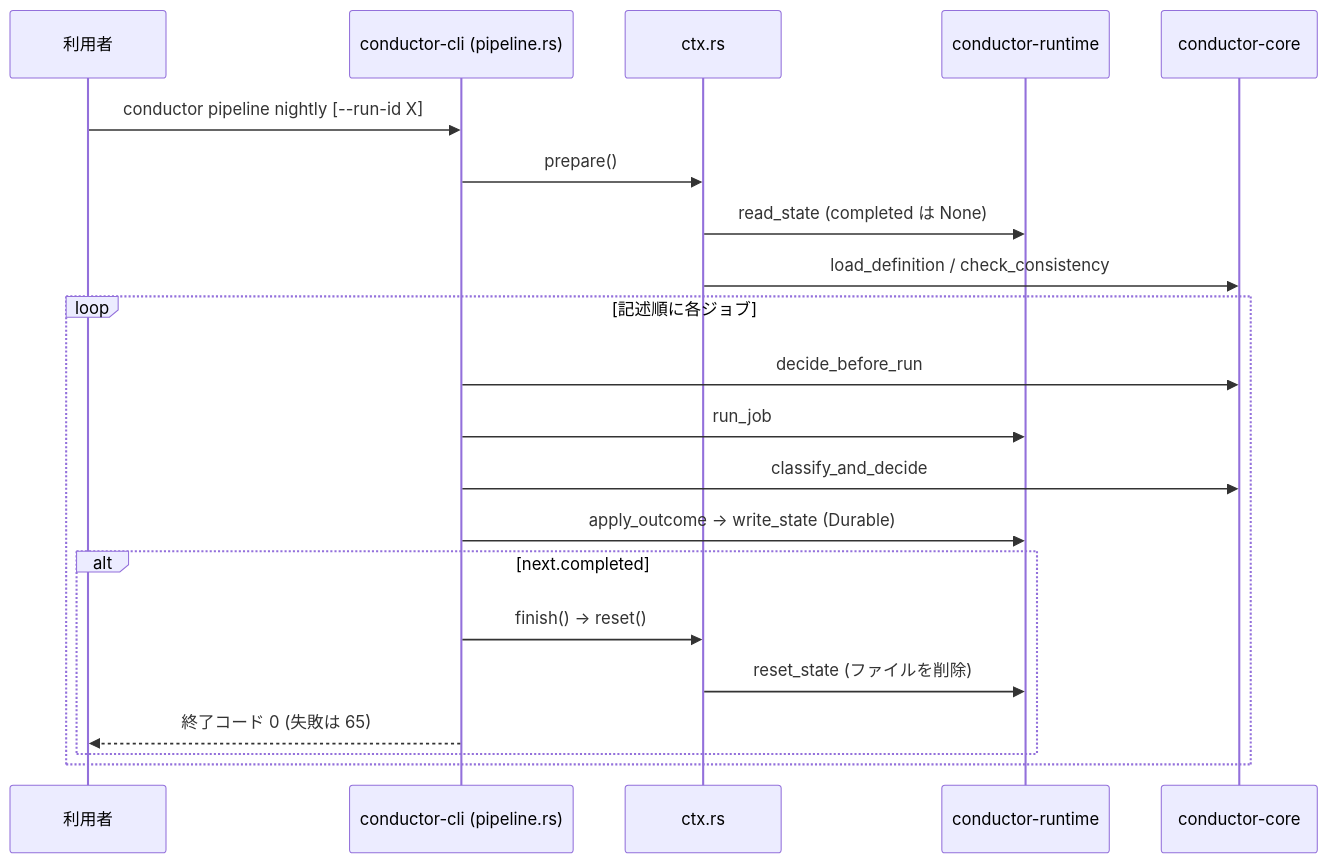
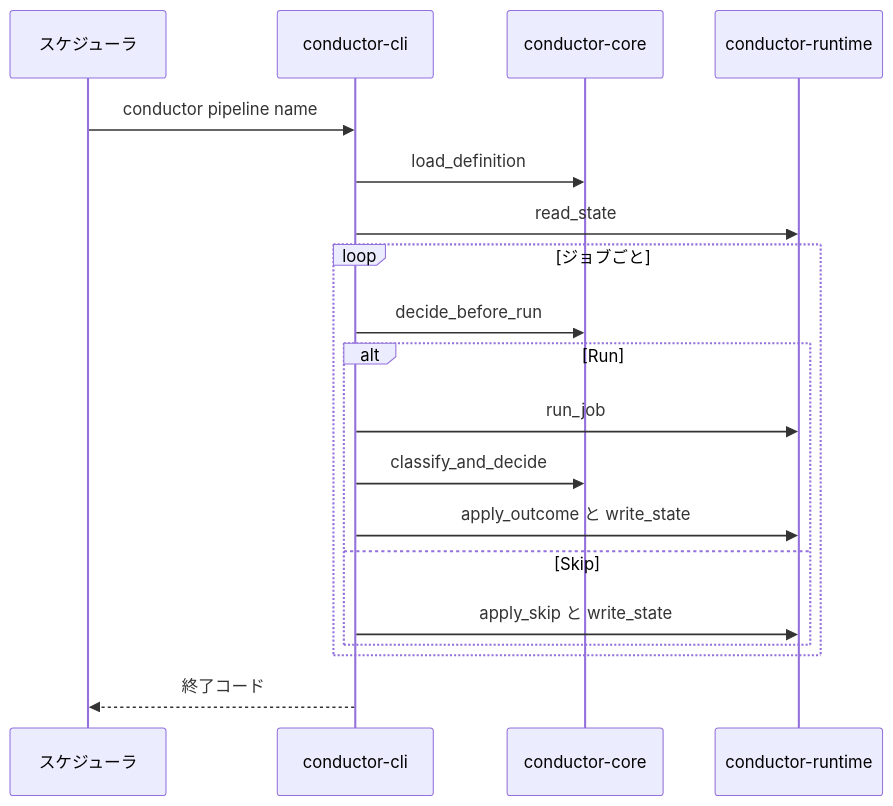
The second of 3 diagrams in aidlc/spaces/default/codekb/rust-job-conductor/architecture.md (agwlvssainokuni/rust-job-conductor), drawn with Mermaid before and after one commit. The commit also changed other lines of this file and 17 other files, not shown here.

````diff
--- a/aidlc/spaces/default/codekb/rust-job-conductor/architecture.md
+++ b/aidlc/spaces/default/codekb/rust-job-conductor/architecture.md
@@ -53,23 +44,21 @@
 ```mermaid
 sequenceDiagram
-    participant U as 利用者
-    participant CLI as conductor-cli (pipeline.rs)
-    participant CTX as ctx.rs
-    participant RT as conductor-runtime
-    participant CORE as conductor-core
-    U->>CLI: conductor pipeline nightly [--run-id X]
-    CLI->>CTX: prepare()
-    CTX->>RT: read_state (completed は None)
-    CTX->>CORE: load_definition / check_consistency
-    loop 記述順に各ジョブ
-        CLI->>CORE: decide_before_run
-        CLI->>RT: run_job
-        CLI->>CORE: classify_and_decide
-        CLI->>RT: apply_outcome → write_state (Durable)
-        alt next.completed
-            CLI->>CTX: finish() → reset()
-            CTX->>RT: reset_state (ファイルを削除)
-            CLI-->>U: 終了コード 0 (失敗は 65)
-        end
+  participant U as スケジューラ
+  participant CLI as conductor-cli
+  participant CORE as conductor-core
+  participant RT as conductor-runtime
+  U->>CLI: conductor pipeline name
+  CLI->>CORE: load_definition
+  CLI->>RT: read_state
+  loop ジョブごと
+    CLI->>CORE: decide_before_run
+    alt Run
+      CLI->>RT: run_job
+      CLI->>CORE: classify_and_decide
+      CLI->>RT: apply_outcome と write_state
+    else Skip
+      CLI->>RT: apply_skip と write_state
     end
+  end
+  CLI-->>U: 終了コード
 ```
````
